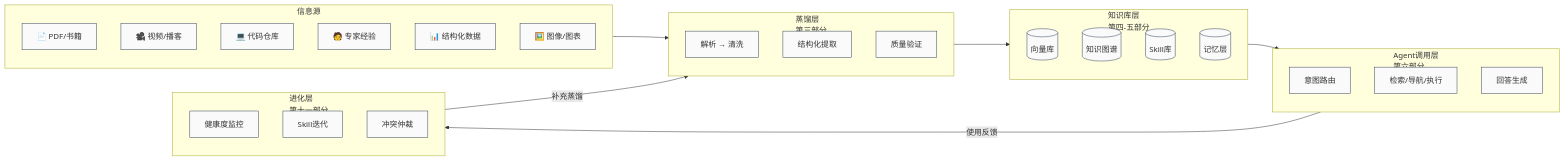
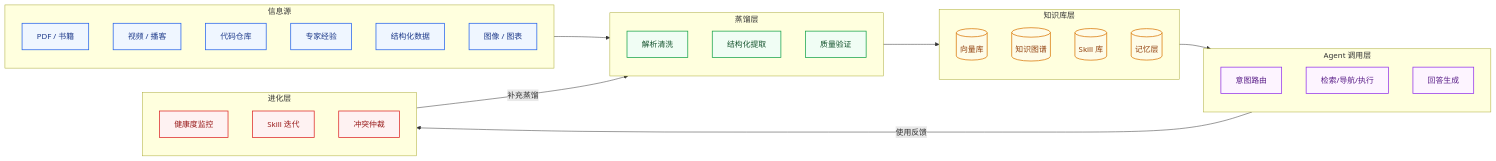
The first of 4 diagrams in docs/knowledge/01-framework.md (zjgulai/Kb2Agent), drawn with Mermaid before and after one commit. The commit also changed other lines of this file and 3 other files, not shown here.

Commit message:
refine: remove all emojis from content/mermaid, add custom block annotations, improve CSS layout precision

````diff
--- a/docs/knowledge/01-framework.md
+++ b/docs/knowledge/01-framework.md
@@ -11,43 +11,51 @@
 ```mermaid
 flowchart LR
     subgraph Source [信息源]
-        S1[📄 PDF/书籍]
-        S2[🎥 视频/播客]
-        S3[💻 代码仓库]
-        S4[🧑 专家经验]
-        S5[📊 结构化数据]
-        S6[🖼️ 图像/图表]
+        S1[PDF / 书籍]
+        S2[视频 / 播客]
+        S3[代码仓库]
+        S4[专家经验]
+        S5[结构化数据]
+        S6[图像 / 图表]
     end
 
-    subgraph Distill [蒸馏层<br/>第三部分]
-        D1[解析 → 清洗]
+    subgraph Distill [蒸馏层]
+        D1[解析清洗]
         D2[结构化提取]
         D3[质量验证]
     end
 
-    subgraph KB [知识库层<br/>第四-五部分]
+    subgraph KB [知识库层]
         K1[(向量库)]
         K2[(知识图谱)]
-        K3[(Skill库)]
+        K3[(Skill 库)]
         K4[(记忆层)]
     end
 
-    subgraph Agent [Agent调用层<br/>第六部分]
+    subgraph Agent [Agent 调用层]
         A1[意图路由]
         A2[检索/导航/执行]
         A3[回答生成]
     end
 
-    subgraph Evolve [进化层<br/>第十一部分]
+    subgraph Evolve [进化层]
         E1[健康度监控]
-        E2[Skill迭代]
+        E2[Skill 迭代]
         E3[冲突仲裁]
     end
 
     Source --> Distill --> KB --> Agent
     Agent -->|使用反馈| Evolve
     Evolve -->|补充蒸馏| Distill
 
-    classDef box fill:#fafafa,stroke:#334155,stroke-width:1px;
-    class S1,S2,S3,S4,S5,S6,D1,D2,D3,K1,K2,K3,K4,A1,A2,A3,E1,E2,E3 box;
+    classDef src  fill:#eff6ff,stroke:#2563eb,stroke-width:1.5px,color:#1e3a8a;
+    classDef mid  fill:#f0fdf4,stroke:#16a34a,stroke-width:1.5px,color:#14532d;
+    classDef kb   fill:#fefce8,stroke:#d97706,stroke-width:1.5px,color:#92400e;
+    classDef agt  fill:#fdf4ff,stroke:#9333ea,stroke-width:1.5px,color:#581c87;
+    classDef evo  fill:#fef2f2,stroke:#dc2626,stroke-width:1.5px,color:#991b1b;
+    class S1,S2,S3,S4,S5,S6 src;
+    class D1,D2,D3 mid;
+    class K1,K2,K3,K4 kb;
+    class A1,A2,A3 agt;
+    class E1,E2,E3 evo;
 ```
````
